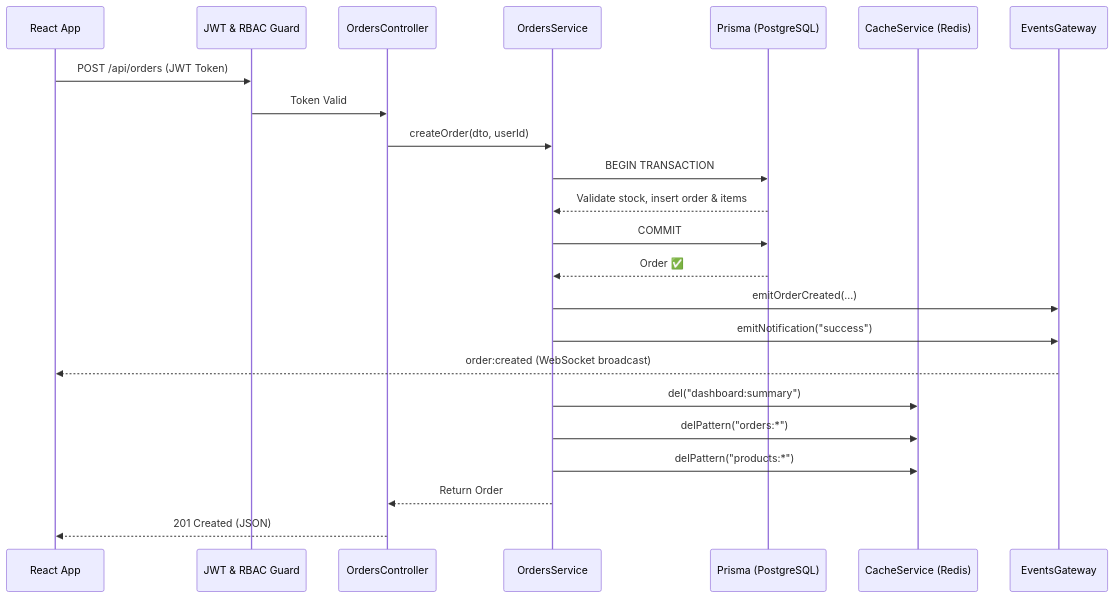
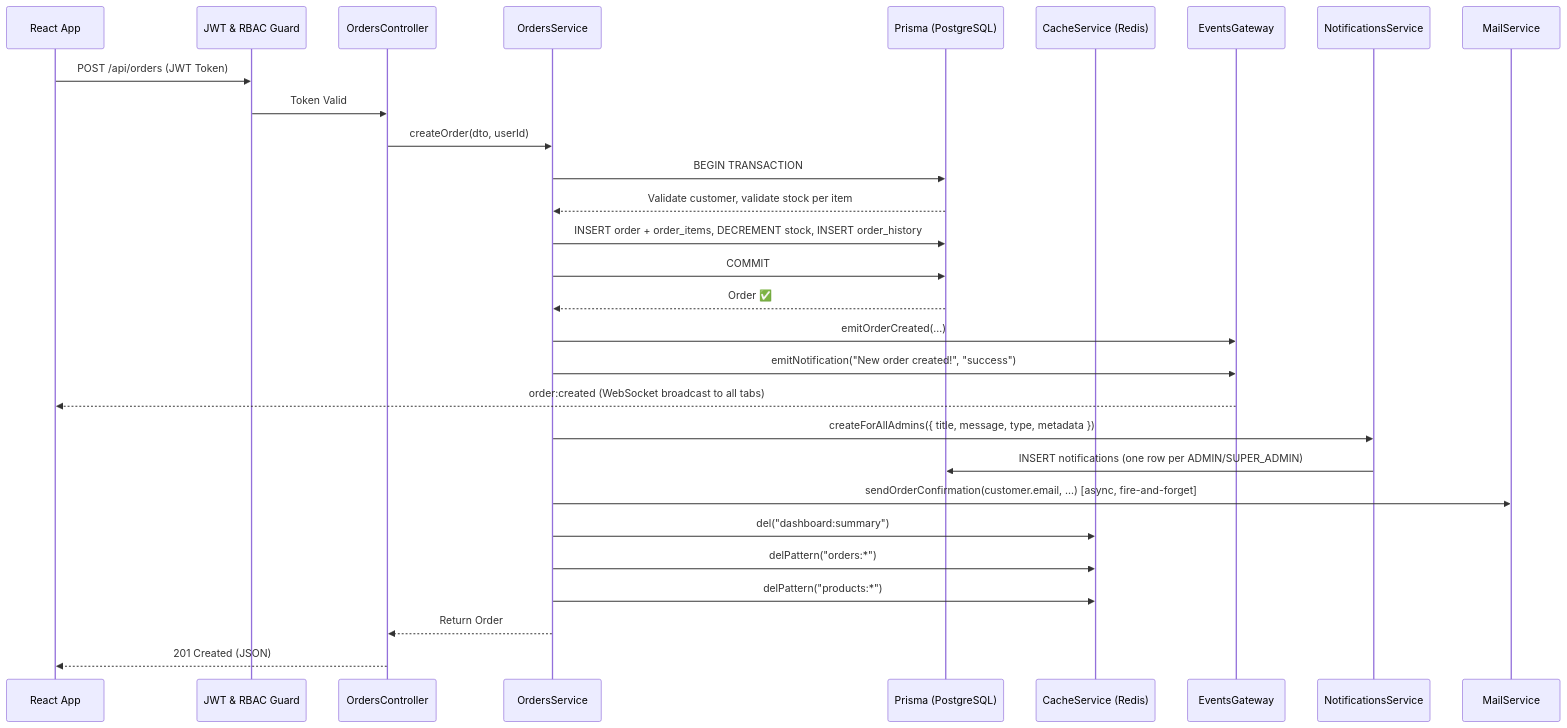
Before and after one commit to DatPHP/crm-system-2026: the fifth of 6 diagrams in README.md, drawn with Mermaid. The commit also changed other lines of this file, not shown here.

````diff
--- a/README.md
+++ b/README.md
@@ -478,30 +719,38 @@
 ```mermaid
 sequenceDiagram
     participant Client as React App
     participant Guard as JWT & RBAC Guard
     participant Controller as OrdersController
     participant Service as OrdersService
     participant DB as Prisma (PostgreSQL)
     participant Cache as CacheService (Redis)
     participant GW as EventsGateway
+    participant Notif as NotificationsService
+    participant Mail as MailService
 
     Client->>Guard: POST /api/orders (JWT Token)
     Guard->>Controller: Token Valid
     Controller->>Service: createOrder(dto, userId)
 
     Service->>DB: BEGIN TRANSACTION
-    DB-->>Service: Validate stock, insert order & items
+    DB-->>Service: Validate customer, validate stock per item
+    Service->>DB: INSERT order + order_items, DECREMENT stock, INSERT order_history
     Service->>DB: COMMIT
     DB-->>Service: Order ✅
 
     Service->>GW: emitOrderCreated(...)
-    Service->>GW: emitNotification("success")
-    GW-->>Client: order:created (WebSocket broadcast)
+    Service->>GW: emitNotification("New order created!", "success")
+    GW-->>Client: order:created (WebSocket broadcast to all tabs)
+
+    Service->>Notif: createForAllAdmins({ title, message, type, metadata })
+    Notif->>DB: INSERT notifications (one row per ADMIN/SUPER_ADMIN)
+
+    Service->>Mail: sendOrderConfirmation(customer.email, ...) [async, fire-and-forget]
 
     Service->>Cache: del("dashboard:summary")
     Service->>Cache: delPattern("orders:*")
     Service->>Cache: delPattern("products:*")
 
     Service-->>Controller: Return Order
     Controller-->>Client: 201 Created (JSON)
 ```
````
